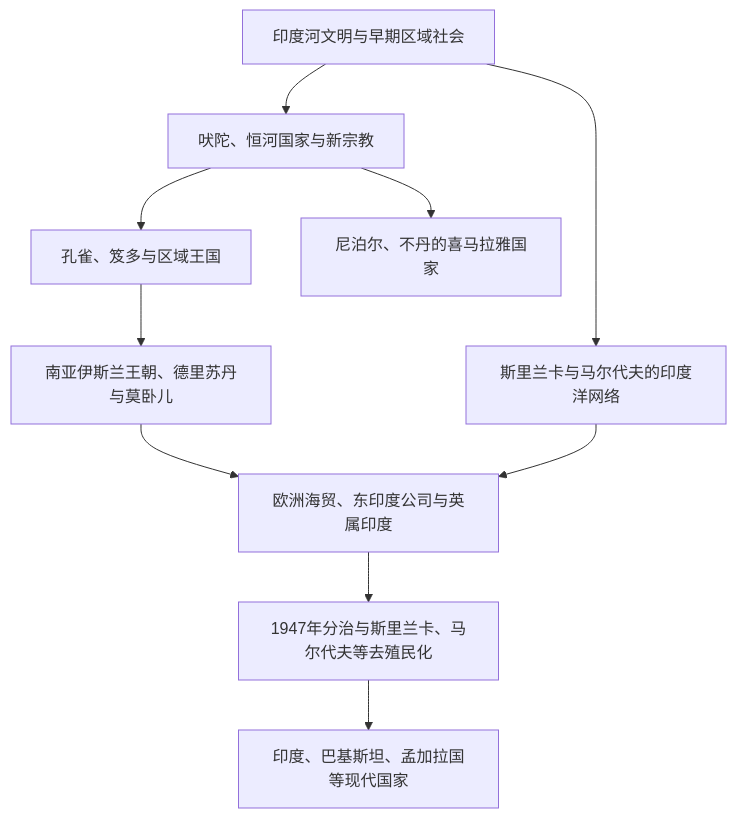
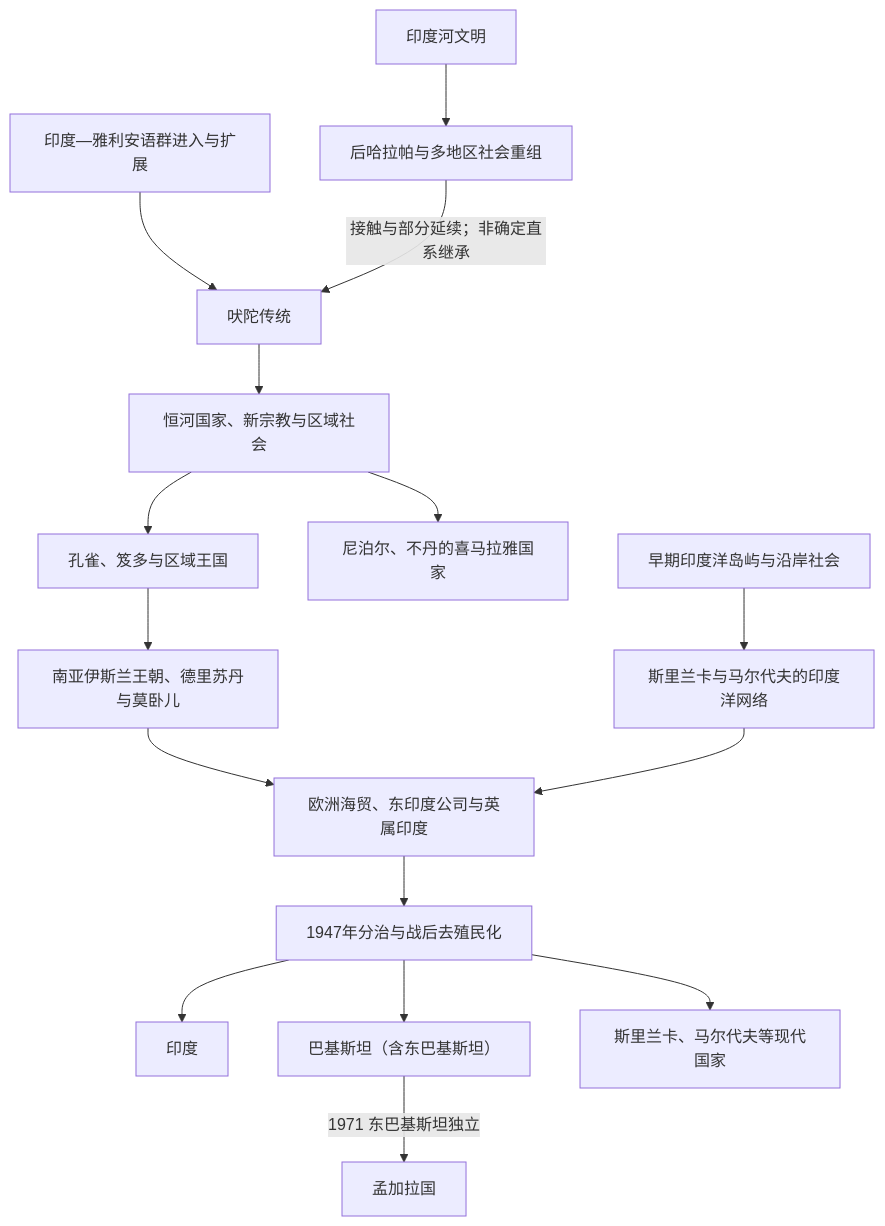
One commit to tianlan-dev/learning-notes changed the diagram in 人文科学/历史/南亚/README.md. Above: the diagram before and after it, drawn with Mermaid. The commit also changed other lines of this file and 159 other files, not shown here.

````diff
--- a/人文科学/历史/南亚/README.md
+++ b/人文科学/历史/南亚/README.md
@@ -9,12 +12,18 @@
 ```mermaid
 flowchart TD
-    A["印度河文明与早期区域社会"] --> B["吠陀、恒河国家与新宗教"]
+    Indus["印度河文明"] --> PostHarappan["后哈拉帕与多地区社会重组"]
+    IndoAryan["印度—雅利安语群进入与扩展"] --> Vedic["吠陀传统"]
+    PostHarappan -->|接触与部分延续；非确定直系继承| Vedic
+    Vedic --> B["恒河国家、新宗教与区域社会"]
     B --> C["孔雀、笈多与区域王国"]
     C --> D["南亚伊斯兰王朝、德里苏丹与莫卧儿"]
     D --> E["欧洲海贸、东印度公司与英属印度"]
-    E --> F["1947年分治与斯里兰卡、马尔代夫等去殖民化"]
-    F --> G["印度、巴基斯坦、孟加拉国等现代国家"]
+    E --> F["1947年分治与战后去殖民化"]
+    F --> India["印度"]
+    F --> Pakistan["巴基斯坦（含东巴基斯坦）"]
+    Pakistan -->|1971 东巴基斯坦独立| Bangladesh["孟加拉国"]
+    F --> IslandStates["斯里兰卡、马尔代夫等现代国家"]
     B --> H["尼泊尔、不丹的喜马拉雅国家"]
-    A --> I["斯里兰卡与马尔代夫的印度洋网络"]
+    EarlyOcean["早期印度洋岛屿与沿岸社会"] --> I["斯里兰卡与马尔代夫的印度洋网络"]
     I --> E
 ```
````
